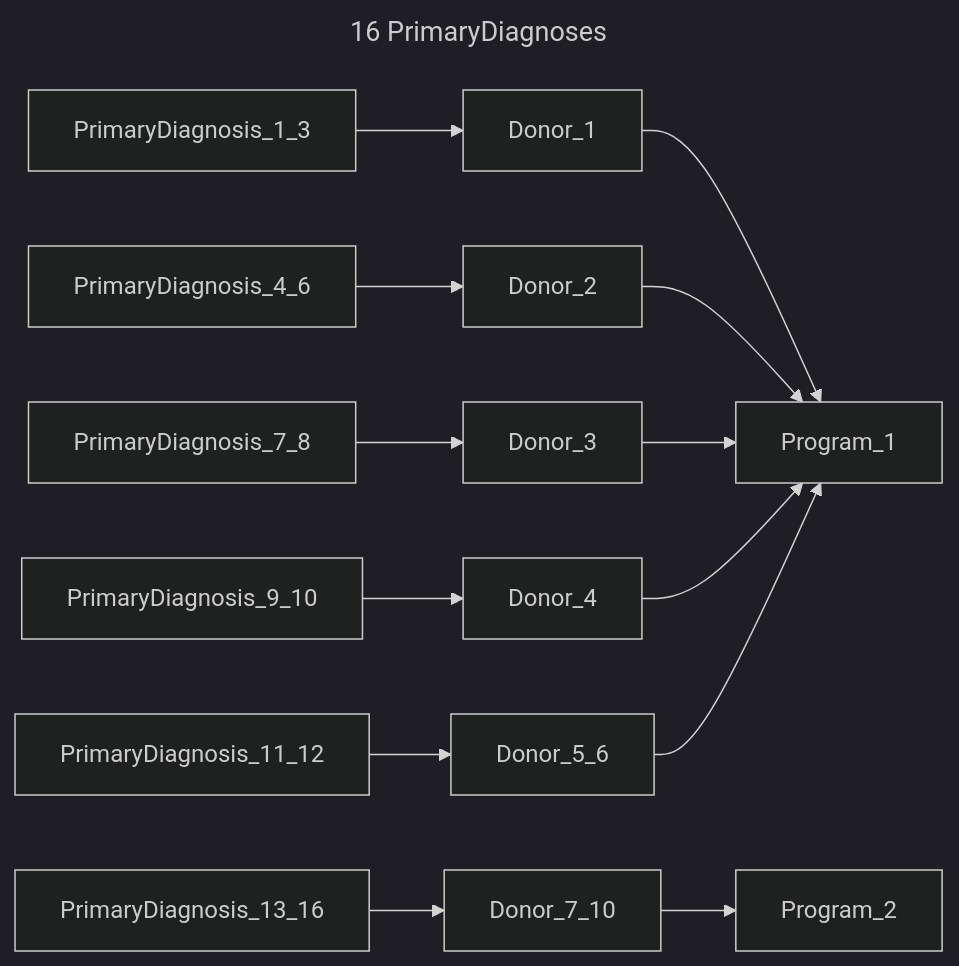
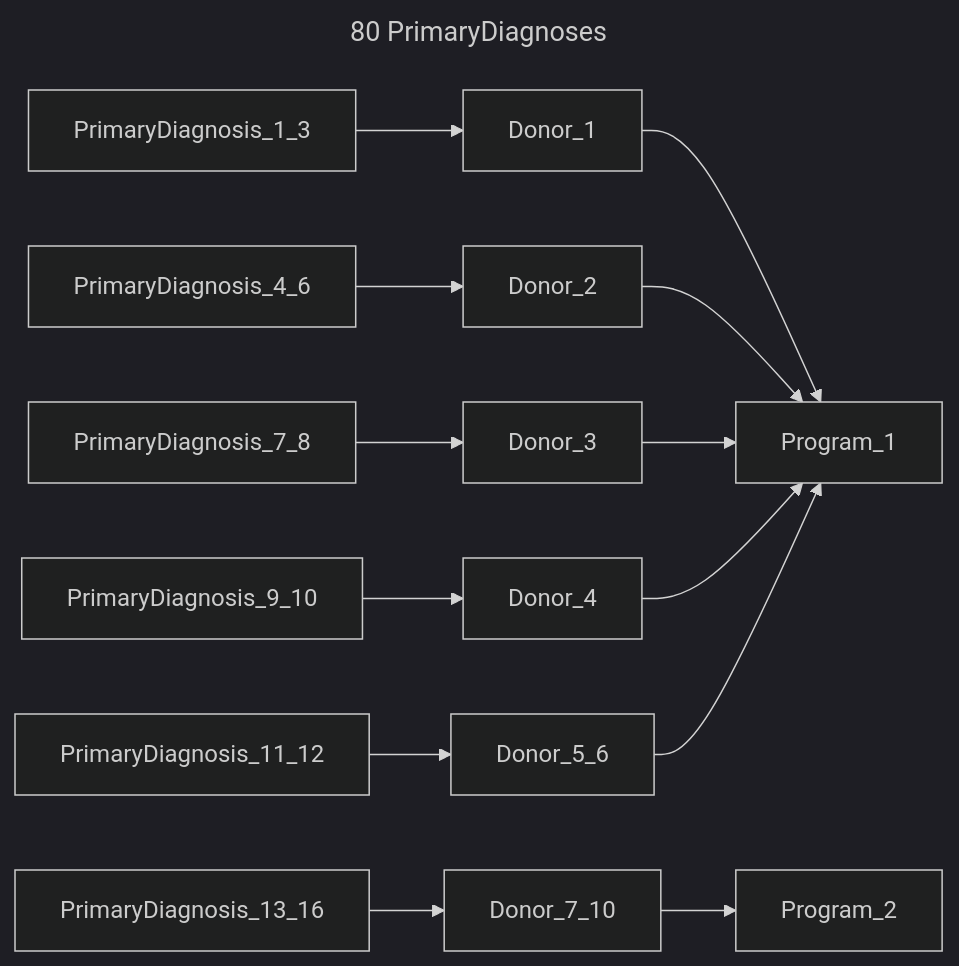
Before and after one commit to CanDIG/katsu: the second of 14 diagrams in chord_metadata_service/mohpackets/data/small_dataset/README.md, drawn with Mermaid (dark theme). The commit also changed other lines of this file and 41 other files, not shown here.

````diff
--- a/chord_metadata_service/mohpackets/data/small_dataset/README.md
+++ b/chord_metadata_service/mohpackets/data/small_dataset/README.md
@@ -31,12 +31,12 @@
 ```mermaid
 ---
-title: 16 PrimaryDiagnoses
+title: 80 PrimaryDiagnoses
 ---
 graph LR;  
   PrimaryDiagnosis_1_3 --> Donor_1 --> Program_1;  
   PrimaryDiagnosis_4_6 --> Donor_2 --> Program_1;  
   PrimaryDiagnosis_7_8 --> Donor_3 --> Program_1;  
   PrimaryDiagnosis_9_10 --> Donor_4 --> Program_1;
   PrimaryDiagnosis_11_12 --> Donor_5_6 --> Program_1;
   PrimaryDiagnosis_13_16 --> Donor_7_10 --> Program_2;
 ```
````
